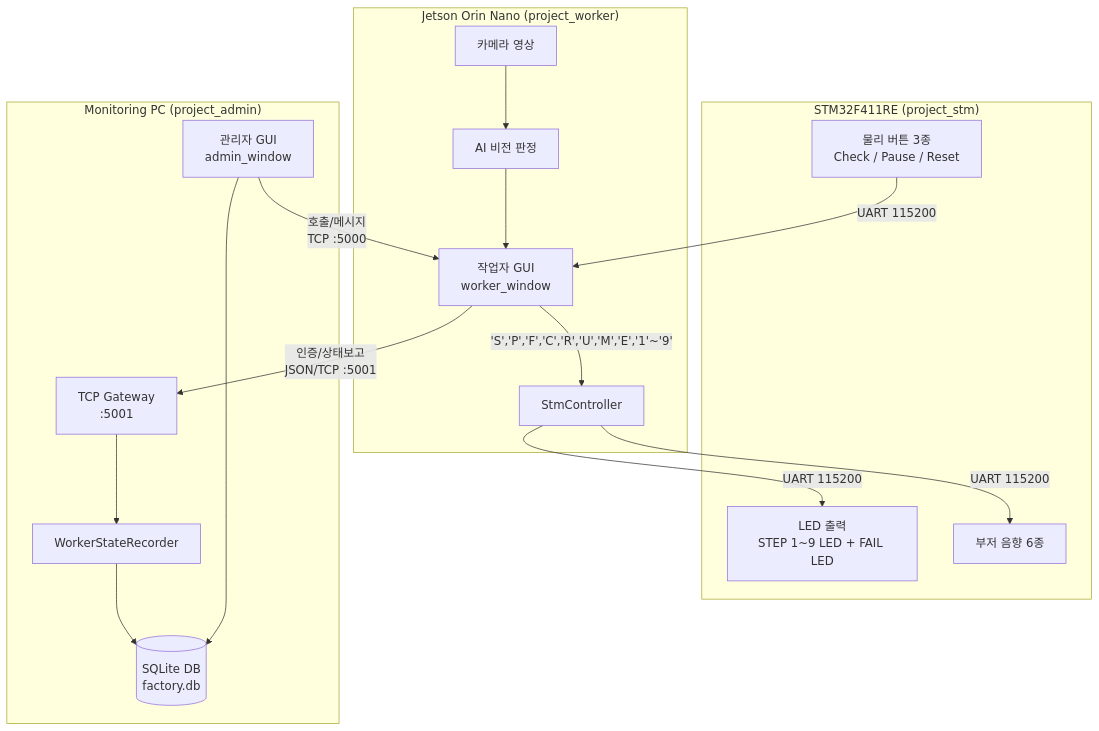
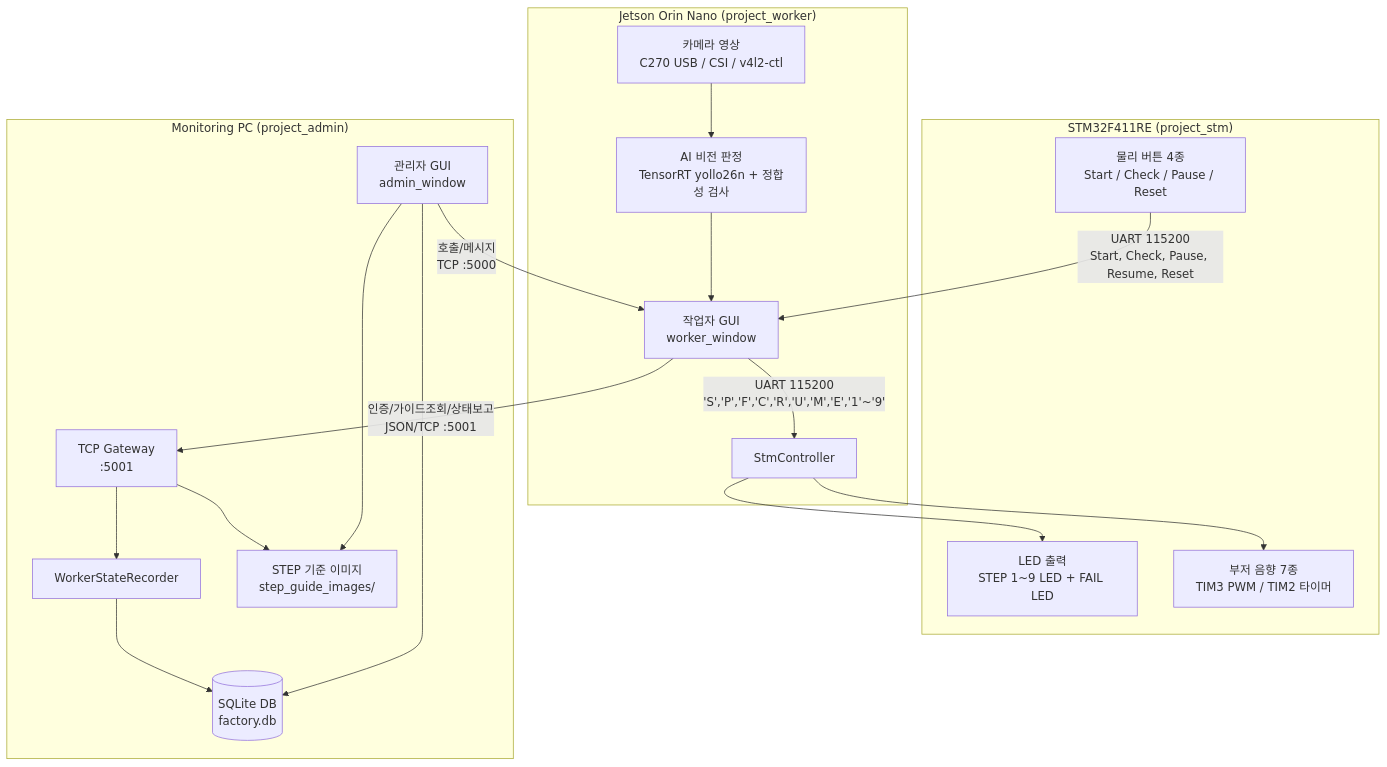
The diagram in README.md (qkrtkdgus010208/AI_Standard_Process_System), drawn with Mermaid before and after one commit. The commit also changed other lines of this file and 3 other files, not shown here.

````diff
--- a/README.md
+++ b/README.md
@@ -11,37 +11,40 @@
 ```mermaid
 flowchart TD
     subgraph 현장 제어기 ["STM32F411RE (project_stm)"]
-        BTN[물리 버튼 3종\nCheck / Pause / Reset]
+        BTN[물리 버튼 4종\nStart / Check / Pause / Reset]
         LED[LED 출력\nSTEP 1~9 LED + FAIL LED]
-        BUZ[부저 음향 6종]
+        BUZ[부저 음향 7종\nTIM3 PWM / TIM2 타이머]
     end
 
     subgraph 작업자 단말 ["Jetson Orin Nano (project_worker)"]
-        CAM[카메라 영상]
-        AI[AI 비전 판정]
+        CAM[카메라 영상\nC270 USB / CSI / v4l2-ctl]
+        AI[AI 비전 판정\nTensorRT yollo26n + 정합성 검사]
         WW[작업자 GUI\nworker_window]
         STMC[StmController]
     end
 
     subgraph 중앙 관제 PC ["Monitoring PC (project_admin)"]
         GW[TCP Gateway\n:5001]
         REC[WorkerStateRecorder]
         DB[(SQLite DB\nfactory.db)]
+        GUIDE[STEP 기준 이미지\nstep_guide_images/]
         ADMIN[관리자 GUI\nadmin_window]
     end
 
     %% 연결 관계
-    BTN -->|UART 115200| WW
-    WW -->|'S','P','F','C','R','U','M','E','1'~'9'| STMC
-    STMC -->|UART 115200| LED
-    STMC -->|UART 115200| BUZ
+    BTN -->|UART 115200\nStart, Check, Pause, Resume, Reset| WW
+    WW -->|UART 115200\n'S','P','F','C','R','U','M','E','1'~'9'| STMC
+    STMC --> LED
+    STMC --> BUZ
 
     CAM --> AI
     AI --> WW
 
-    WW -->|인증/상태보고\nJSON/TCP :5001| GW
+    WW -->|인증/가이드조회/상태보고\nJSON/TCP :5001| GW
     GW --> REC
     REC --> DB
+    GW --> GUIDE
     ADMIN --> DB
+    ADMIN --> GUIDE
     ADMIN -->|호출/메시지\nTCP :5000| WW
 ```
````
